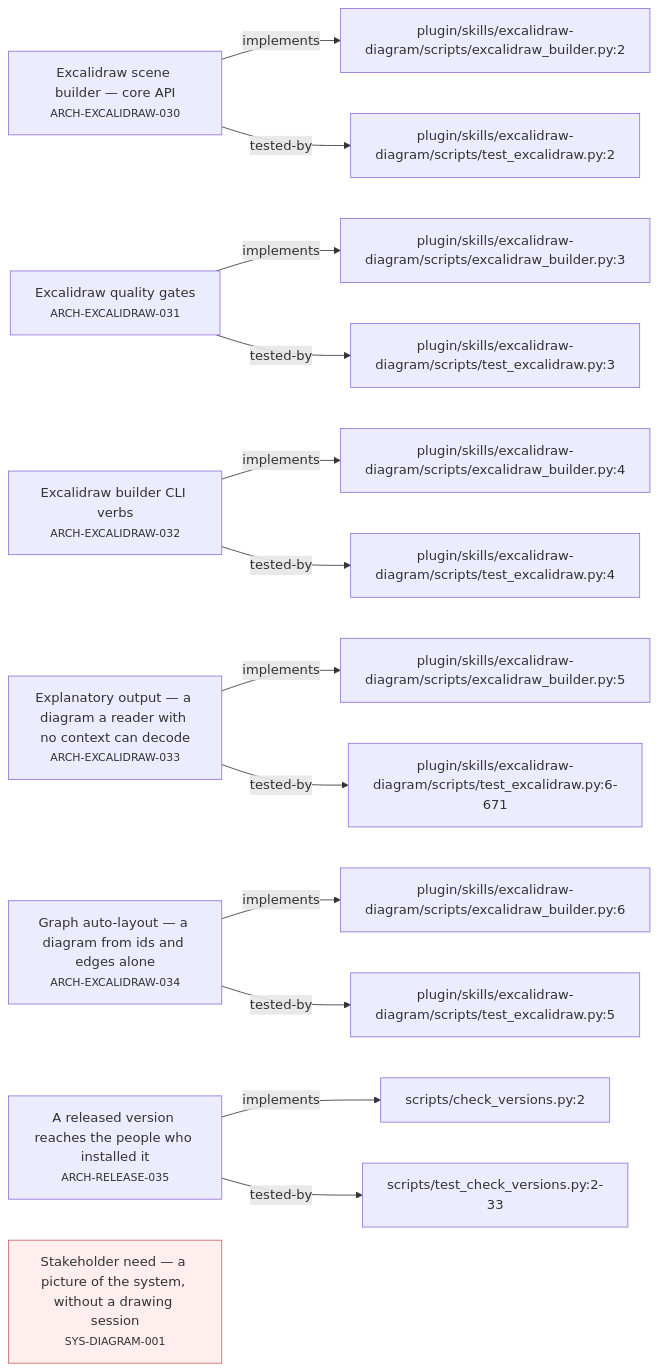
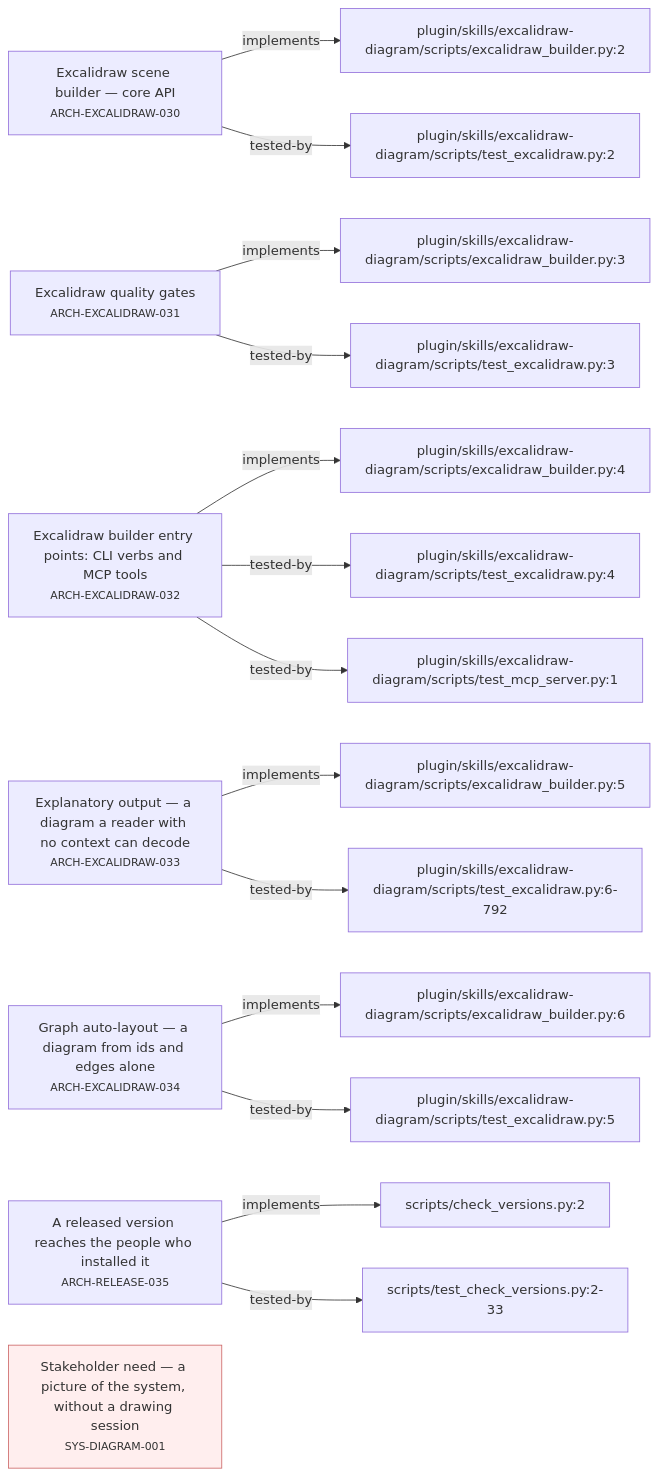
Before and after one commit to alxmax/excalidraw-diagram: the second of 4 diagrams in requirements/_map.md, drawn with Mermaid. The commit also changed other lines of this file and 51 other files, not shown here.

First line of the commit message:
Release 2.0.0: value-object Scene API, excalidraw_engine package, MCP server

````diff
--- a/requirements/_map.md
+++ b/requirements/_map.md
@@ -49,35 +51,37 @@
 ```mermaid
 graph LR
   ARCH_EXCALIDRAW_030["Excalidraw scene builder — core API<br><small>ARCH-EXCALIDRAW-030</small>"]
   f_plugin_skills_excalidraw_diagram_scripts_excalidraw_builder_py_2["plugin/skills/excalidraw-diagram/scripts/excalidraw_builder.py:2"]
   ARCH_EXCALIDRAW_030 -->|implements| f_plugin_skills_excalidraw_diagram_scripts_excalidraw_builder_py_2
   f_plugin_skills_excalidraw_diagram_scripts_test_excalidraw_py_2["plugin/skills/excalidraw-diagram/scripts/test_excalidraw.py:2"]
   ARCH_EXCALIDRAW_030 -->|tested-by| f_plugin_skills_excalidraw_diagram_scripts_test_excalidraw_py_2
   ARCH_EXCALIDRAW_031["Excalidraw quality gates<br><small>ARCH-EXCALIDRAW-031</small>"]
   f_plugin_skills_excalidraw_diagram_scripts_excalidraw_builder_py_3["plugin/skills/excalidraw-diagram/scripts/excalidraw_builder.py:3"]
   ARCH_EXCALIDRAW_031 -->|implements| f_plugin_skills_excalidraw_diagram_scripts_excalidraw_builder_py_3
   f_plugin_skills_excalidraw_diagram_scripts_test_excalidraw_py_3["plugin/skills/excalidraw-diagram/scripts/test_excalidraw.py:3"]
   ARCH_EXCALIDRAW_031 -->|tested-by| f_plugin_skills_excalidraw_diagram_scripts_test_excalidraw_py_3
-  ARCH_EXCALIDRAW_032["Excalidraw builder CLI verbs<br><small>ARCH-EXCALIDRAW-032</small>"]
+  ARCH_EXCALIDRAW_032["Excalidraw builder entry points: CLI verbs and MCP tools<br><small>ARCH-EXCALIDRAW-032</small>"]
   f_plugin_skills_excalidraw_diagram_scripts_excalidraw_builder_py_4["plugin/skills/excalidraw-diagram/scripts/excalidraw_builder.py:4"]
   ARCH_EXCALIDRAW_032 -->|implements| f_plugin_skills_excalidraw_diagram_scripts_excalidraw_builder_py_4
   f_plugin_skills_excalidraw_diagram_scripts_test_excalidraw_py_4["plugin/skills/excalidraw-diagram/scripts/test_excalidraw.py:4"]
   ARCH_EXCALIDRAW_032 -->|tested-by| f_plugin_skills_excalidraw_diagram_scripts_test_excalidraw_py_4
+  f_plugin_skills_excalidraw_diagram_scripts_test_mcp_server_py_1["plugin/skills/excalidraw-diagram/scripts/test_mcp_server.py:1"]
+  ARCH_EXCALIDRAW_032 -->|tested-by| f_plugin_skills_excalidraw_diagram_scripts_test_mcp_server_py_1
   ARCH_EXCALIDRAW_033["Explanatory output — a diagram a reader with no context can decode<br><small>ARCH-EXCALIDRAW-033</small>"]
   f_plugin_skills_excalidraw_diagram_scripts_excalidraw_builder_py_5["plugin/skills/excalidraw-diagram/scripts/excalidraw_builder.py:5"]
   ARCH_EXCALIDRAW_033 -->|implements| f_plugin_skills_excalidraw_diagram_scripts_excalidraw_builder_py_5
-  f_plugin_skills_excalidraw_diagram_scripts_test_excalidraw_py_6_671["plugin/skills/excalidraw-diagram/scripts/test_excalidraw.py:6-671"]
-  ARCH_EXCALIDRAW_033 -->|tested-by| f_plugin_skills_excalidraw_diagram_scripts_test_excalidraw_py_6_671
+  f_plugin_skills_excalidraw_diagram_scripts_test_excalidraw_py_6_792["plugin/skills/excalidraw-diagram/scripts/test_excalidraw.py:6-792"]
+  ARCH_EXCALIDRAW_033 -->|tested-by| f_plugin_skills_excalidraw_diagram_scripts_test_excalidraw_py_6_792
   ARCH_EXCALIDRAW_034["Graph auto-layout — a diagram from ids and edges alone<br><small>ARCH-EXCALIDRAW-034</small>"]
   f_plugin_skills_excalidraw_diagram_scripts_excalidraw_builder_py_6["plugin/skills/excalidraw-diagram/scripts/excalidraw_builder.py:6"]
   ARCH_EXCALIDRAW_034 -->|implements| f_plugin_skills_excalidraw_diagram_scripts_excalidraw_builder_py_6
   f_plugin_skills_excalidraw_diagram_scripts_test_excalidraw_py_5["plugin/skills/excalidraw-diagram/scripts/test_excalidraw.py:5"]
   ARCH_EXCALIDRAW_034 -->|tested-by| f_plugin_skills_excalidraw_diagram_scripts_test_excalidraw_py_5
   ARCH_RELEASE_035["A released version reaches the people who installed it<br><small>ARCH-RELEASE-035</small>"]
   f_scripts_check_versions_py_2["scripts/check_versions.py:2"]
   ARCH_RELEASE_035 -->|implements| f_scripts_check_versions_py_2
   f_scripts_test_check_versions_py_2_33["scripts/test_check_versions.py:2-33"]
   ARCH_RELEASE_035 -->|tested-by| f_scripts_test_check_versions_py_2_33
   SYS_DIAGRAM_001["Stakeholder need — a picture of the system, without a drawing session<br><small>SYS-DIAGRAM-001</small>"]
   style SYS_DIAGRAM_001 fill:#fee,stroke:#c66
 ```
````
